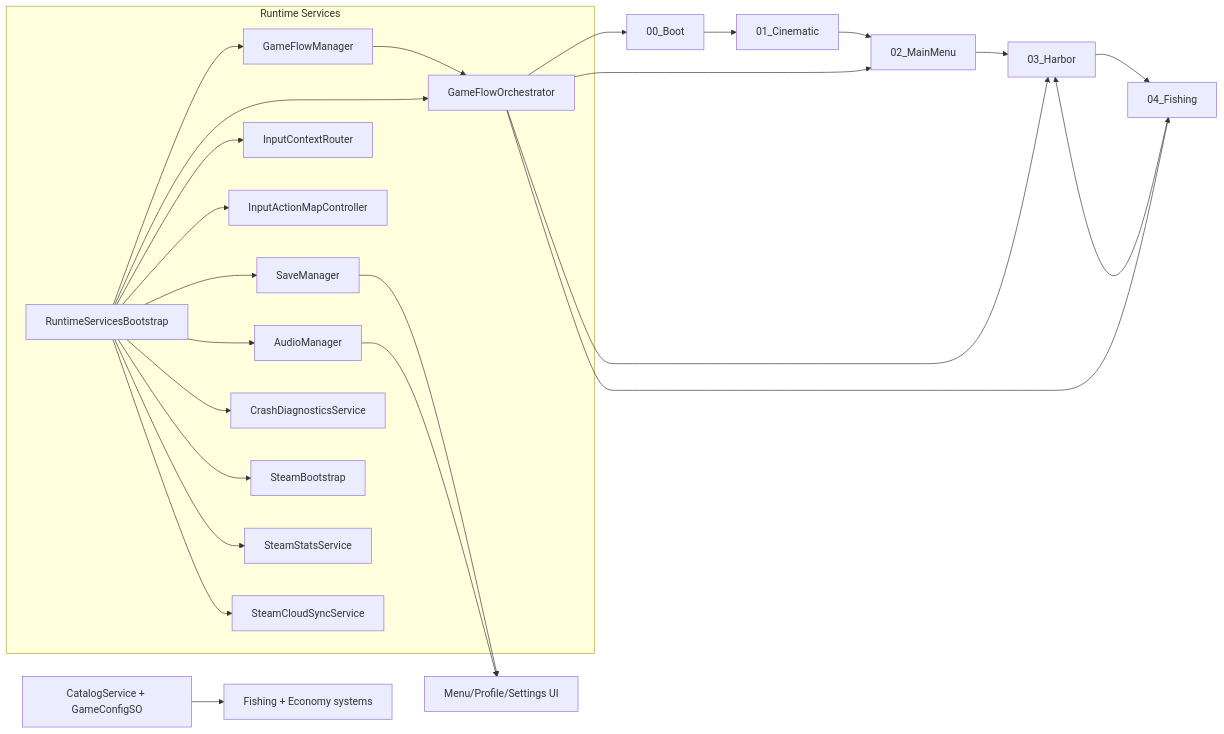
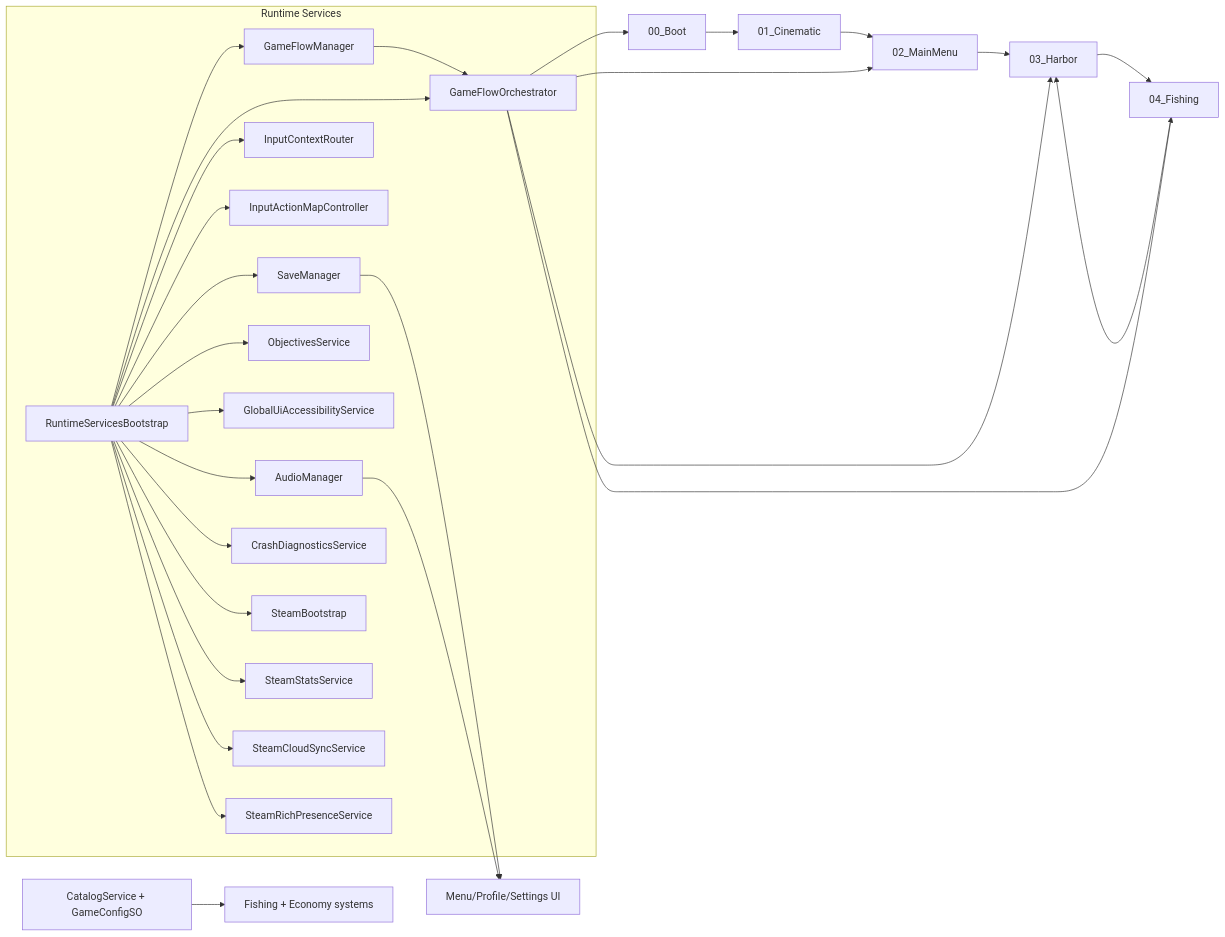
Before and after one commit to raven-dev-ops/Unity_Fishing_Steam_Game: the diagram in docs/ARCHITECTURE.md, drawn with Mermaid. The commit also changed other lines of this file and 38 other files, not shown here.

Commit message:
Close #142 #143 #145 #148: fishing conditions, objectives, rich presence, and accessibility baseline

````diff
--- a/docs/ARCHITECTURE.md
+++ b/docs/ARCHITECTURE.md
@@ -3,43 +3,49 @@
 ```mermaid
 flowchart LR
   Boot[00_Boot] --> Cinematic[01_Cinematic]
   Cinematic --> MainMenu[02_MainMenu]
   MainMenu --> Harbor[03_Harbor]
   Harbor --> Fishing[04_Fishing]
   Fishing --> Harbor
 
   subgraph Runtime Services
     GS[RuntimeServicesBootstrap]
     GFM[GameFlowManager]
     GFO[GameFlowOrchestrator]
     ICR[InputContextRouter]
     IAMC[InputActionMapController]
     SM[SaveManager]
+    OBJ[ObjectivesService]
+    UAS[GlobalUiAccessibilityService]
     AM[AudioManager]
     CR[CrashDiagnosticsService]
     ST[SteamBootstrap]
     SS[SteamStatsService]
     SC[SteamCloudSyncService]
+    SR[SteamRichPresenceService]
   end
 
   GS --> GFM
   GS --> GFO
   GS --> ICR
   GS --> IAMC
   GS --> SM
+  GS --> OBJ
+  GS --> UAS
   GS --> AM
   GS --> CR
   GS --> ST
   GS --> SS
   GS --> SC
+  GS --> SR
 
   GFM --> GFO
   GFO --> Boot
   GFO --> MainMenu
   GFO --> Harbor
   GFO --> Fishing
 
   Catalog[CatalogService + GameConfigSO] --> FishingSystems[Fishing + Economy systems]
   SM --> UISystems[Menu/Profile/Settings UI]
   AM --> UISystems
 ```
````
